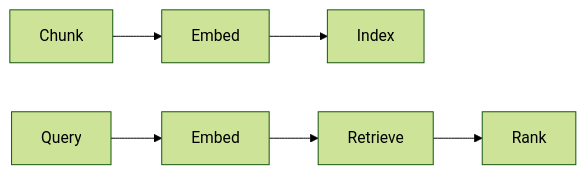
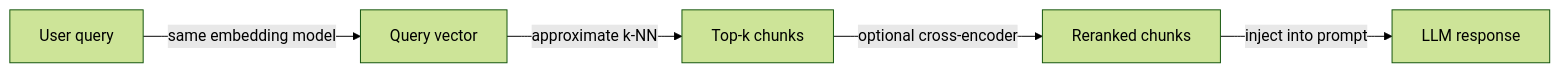
The second of 2 diagrams in docs/rag/architecture.md (EmersonBraun/ai-summary-hub), drawn with Mermaid (forest theme) before and after one commit. The commit also changed other lines of this file and 77 other files, not shown here.

````diff
--- a/docs/rag/architecture.md
+++ b/docs/rag/architecture.md
@@ -19,8 +36,7 @@
 ```mermaid
 flowchart LR
-  Chunk[Chunk] --> Embed[Embed]
-  Embed --> Index[Index]
-  Query[Query] --> EmbedQ[Embed]
-  EmbedQ --> Retrieve[Retrieve]
-  Retrieve --> Rank[Rank]
+  Query[User query] -->|same embedding model| EmbedQ[Query vector]
+  EmbedQ -->|approximate k-NN| Retrieve[Top-k chunks]
+  Retrieve -->|optional cross-encoder| Rank[Reranked chunks]
+  Rank -->|inject into prompt| LLM[LLM response]
 ```
````
